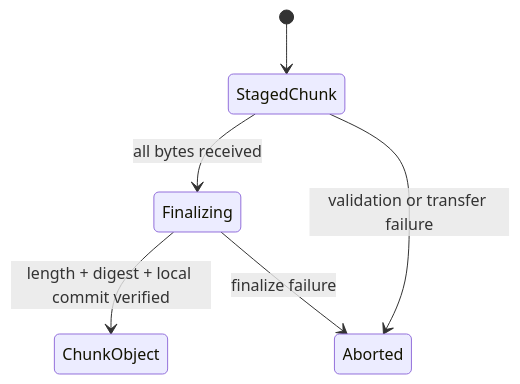
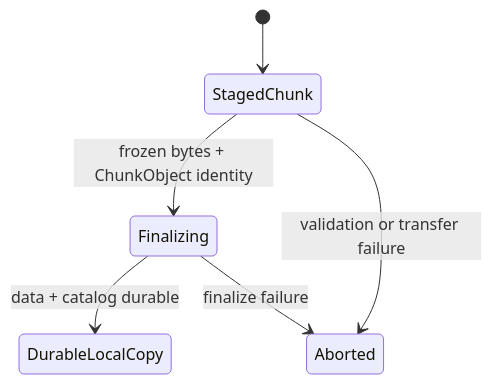
The first of 2 diagrams in docs/rfcs/0002-file-version-chunk-model.md (lelezi257/dms), drawn with Mermaid before and after one commit. The commit also changed other lines of this file and 10 other files, not shown here.

First line of the commit message:
Define the crash-safe local Chunk contract

````diff
--- a/docs/rfcs/0002-file-version-chunk-model.md
+++ b/docs/rfcs/0002-file-version-chunk-model.md
@@ -148,8 +148,8 @@
 ```mermaid
 stateDiagram-v2
     [*] --> StagedChunk
-    StagedChunk --> Finalizing: all bytes received
-    Finalizing --> ChunkObject: length + digest + local commit verified
+    StagedChunk --> Finalizing: frozen bytes + ChunkObject identity
+    Finalizing --> DurableLocalCopy: data + catalog durable
     StagedChunk --> Aborted: validation or transfer failure
     Finalizing --> Aborted: finalize failure
 ```
````
